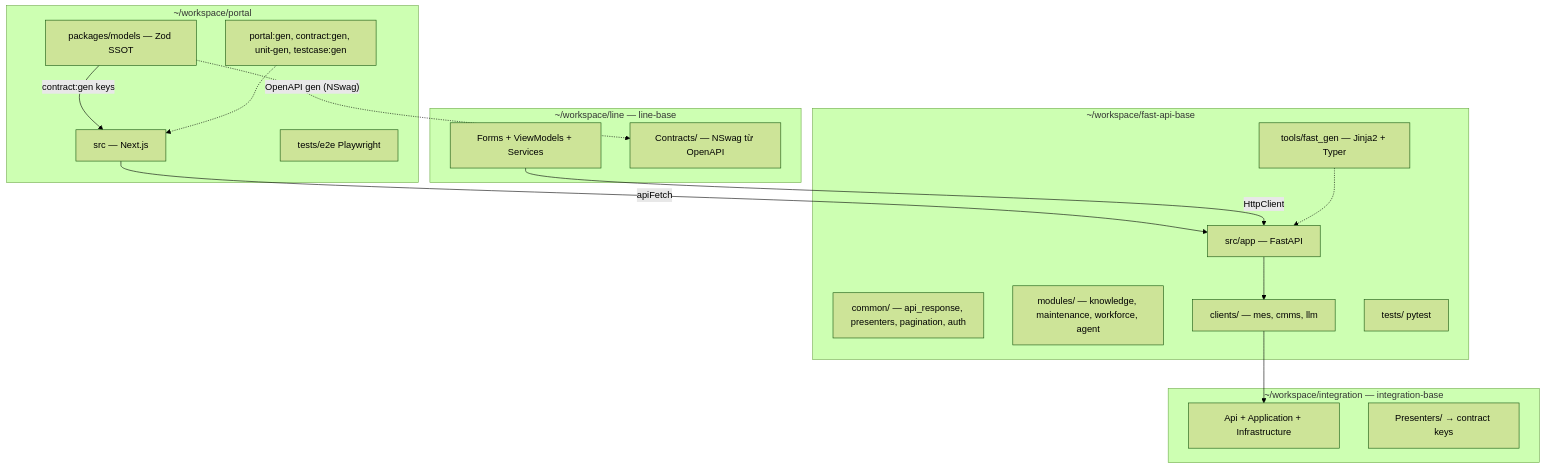
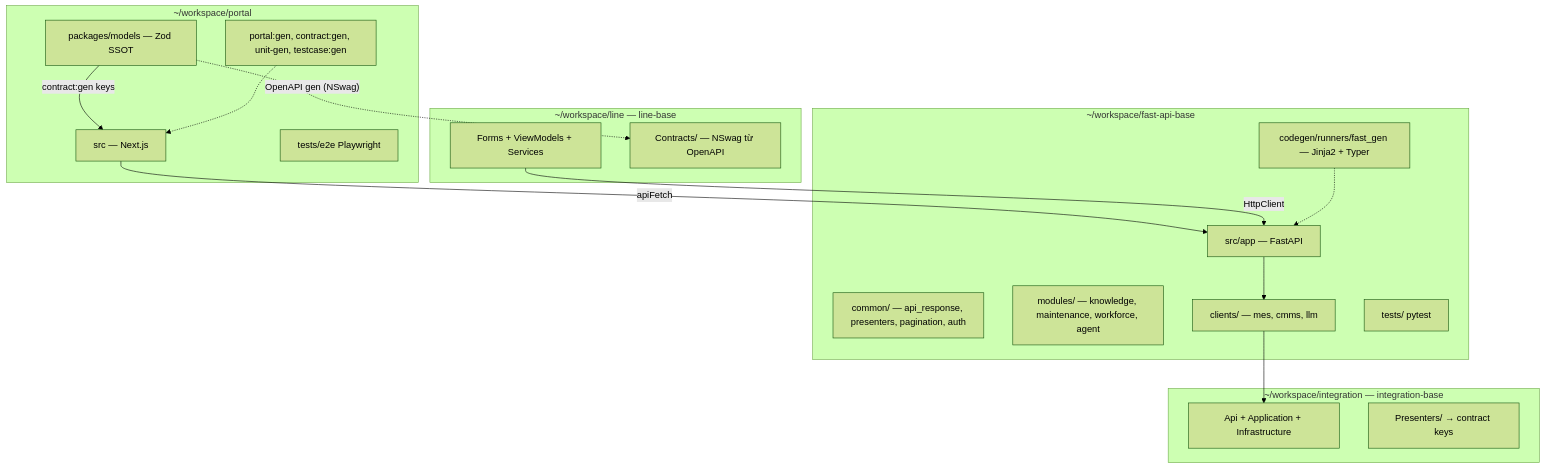
One commit to raintr91/nuxt_4 changed the sixth of 10 diagrams in docs/operational/factory-ai-stack.md. Above: the diagram before and after it, drawn with Mermaid (forest theme). The commit also changed 115 other files, not shown here.

````diff
--- a/docs/operational/factory-ai-stack.md
+++ b/docs/operational/factory-ai-stack.md
@@ -212,36 +212,36 @@
 ```mermaid
 flowchart TB
   subgraph PortalRepo["~/workspace/portal"]
     WEB["src — Next.js"]
     MODELS["packages/models — Zod SSOT"]
     GEN["portal:gen, contract:gen, unit-gen, testcase:gen"]
     E2E["tests/e2e Playwright"]
   end
 
   subgraph FastRepo["~/workspace/fast-api-base"]
     APP["src/app — FastAPI"]
     COMMON["common/ — api_response, presenters, pagination, auth"]
     MOD["modules/ — knowledge, maintenance, workforce, agent"]
     CLIENTS["clients/ — mes, cmms, llm"]
-    FGEN["tools/fast_gen — Jinja2 + Typer"]
+    FGEN["codegen/runners/fast_gen — Jinja2 + Typer"]
     PYTEST["tests/ pytest"]
   end
 
   subgraph LineRepo["~/workspace/line — line-base"]
     LC["Forms + ViewModels + Services"]
     LCON["Contracts/ — NSwag từ OpenAPI"]
   end
 
   subgraph IntRepo["~/workspace/integration — integration-base"]
     INT["Api + Application + Infrastructure"]
     IPRES["Presenters/ → contract keys"]
   end
 
   MODELS -->|"contract:gen keys"| WEB
   MODELS -.->|"OpenAPI gen (NSwag)"| LCON
   WEB -->|"apiFetch"| APP
   LC -->|"HttpClient"| APP
   APP --> CLIENTS --> INT
   GEN -.-> WEB
   FGEN -.-> APP
 ```
````
